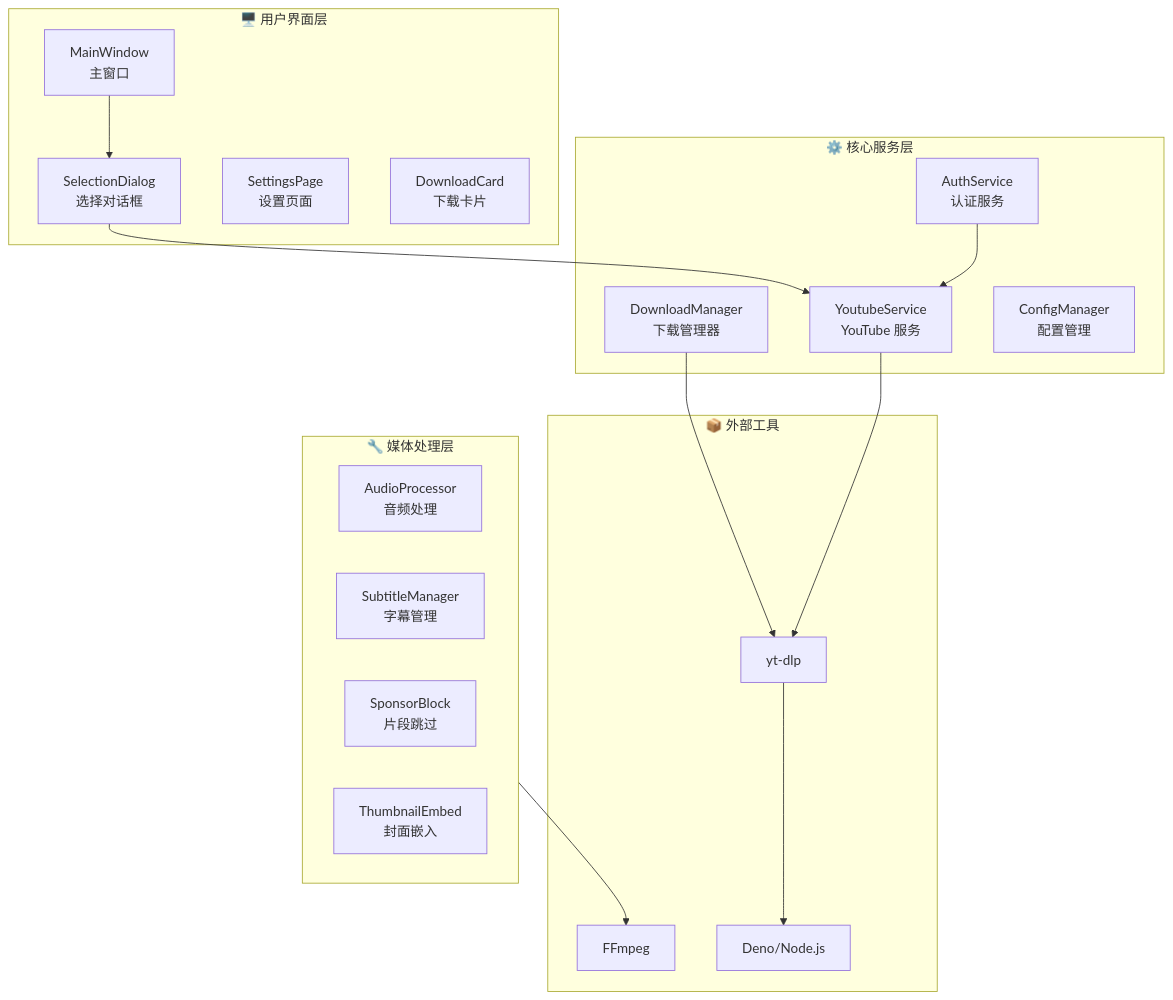
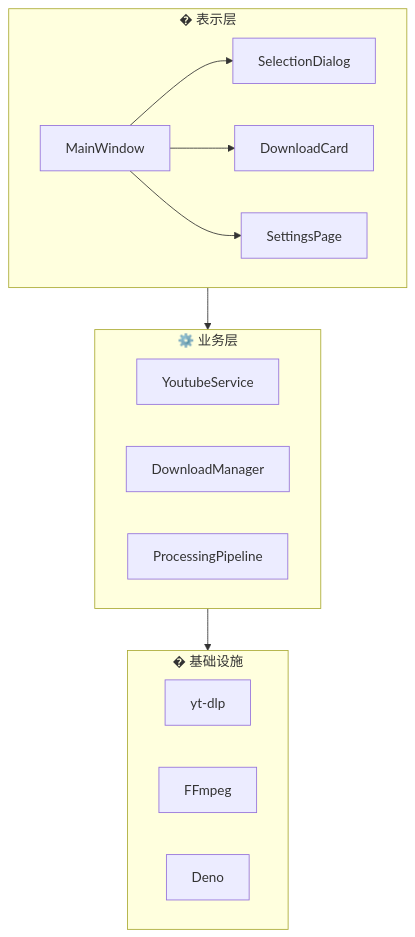
The diagram in README.md (prideicker/FluentYTDL), drawn with Mermaid before and after one commit. The commit also changed other lines of this file, not shown here.

````diff
--- a/README.md
+++ b/README.md
@@ -36,37 +128,23 @@
 ```mermaid
 graph TB
-    subgraph UI["🖥️ 用户界面层"]
-        MW[MainWindow<br/>主窗口]
-        SD[SelectionDialog<br/>选择对话框]
-        SP[SettingsPage<br/>设置页面]
-        DC[DownloadCard<br/>下载卡片]
+    subgraph Presentation["� 表示层"]
+        MW[MainWindow] --> SD[SelectionDialog]
+        MW --> DC[DownloadCard]
+        MW --> SP[SettingsPage]
     end
     
-    subgraph Core["⚙️ 核心服务层"]
-        YS[YoutubeService<br/>YouTube 服务]
-        DM[DownloadManager<br/>下载管理器]
-        AS[AuthService<br/>认证服务]
-        CM[ConfigManager<br/>配置管理]
+    subgraph Business["⚙️ 业务层"]
+        YS[YoutubeService]
+        DM[DownloadManager]
+        PP[ProcessingPipeline]
     end
     
-    subgraph Processing["🔧 媒体处理层"]
-        AP[AudioProcessor<br/>音频处理]
-        SM[SubtitleManager<br/>字幕管理]
-        SB[SponsorBlock<br/>片段跳过]
-        TE[ThumbnailEmbed<br/>封面嵌入]
+    subgraph Infrastructure["� 基础设施"]
+        YTDLP[yt-dlp]
+        FF[FFmpeg]
+        DENO[Deno]
     end
     
-    subgraph External["📦 外部工具"]
-        YTDLP[yt-dlp]
-        FF[FFmpeg]
-        DENO[Deno/Node.js]
-    end
-    
-    MW --> SD
-    SD --> YS
-    DM --> YTDLP
-    AS --> YS
-    YS --> YTDLP
-    Processing --> FF
-    YTDLP --> DENO
+    Presentation --> Business
+    Business --> Infrastructure
 ```
````
